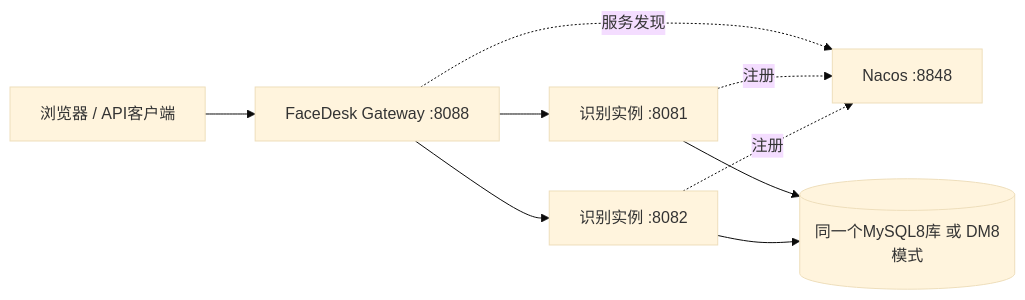
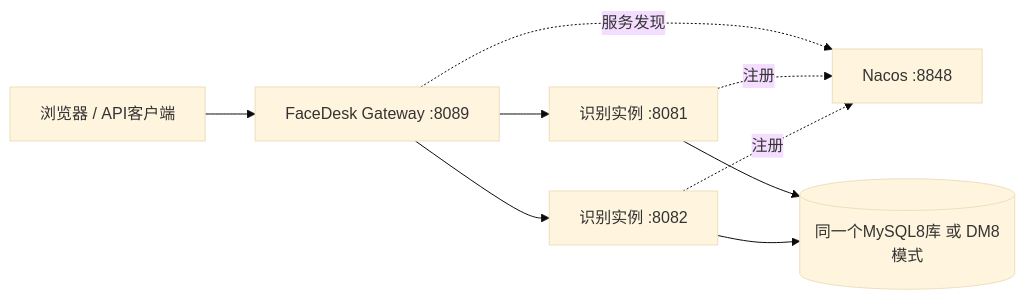
The diagram in docs/DEPLOYMENT.md (SuBaiQiao/facedesk-api), drawn with Mermaid (base theme) before and after one commit. The commit also changed other lines of this file and 69 other files, not shown here.

````diff
--- a/docs/DEPLOYMENT.md
+++ b/docs/DEPLOYMENT.md
@@ -52,11 +69,11 @@
 ```mermaid
 flowchart LR
-    Client[浏览器 / API客户端] --> Gateway[FaceDesk Gateway :8088]
+    Client[浏览器 / API客户端] --> Gateway[FaceDesk Gateway :8089]
     Gateway --> API1[识别实例 :8081]
     Gateway --> API2[识别实例 :8082]
     Gateway -. 服务发现 .-> Nacos[Nacos :8848]
     API1 -. 注册 .-> Nacos
     API2 -. 注册 .-> Nacos
     API1 --> DB[(同一个MySQL8库 或 DM8模式)]
     API2 --> DB
 ```
````
